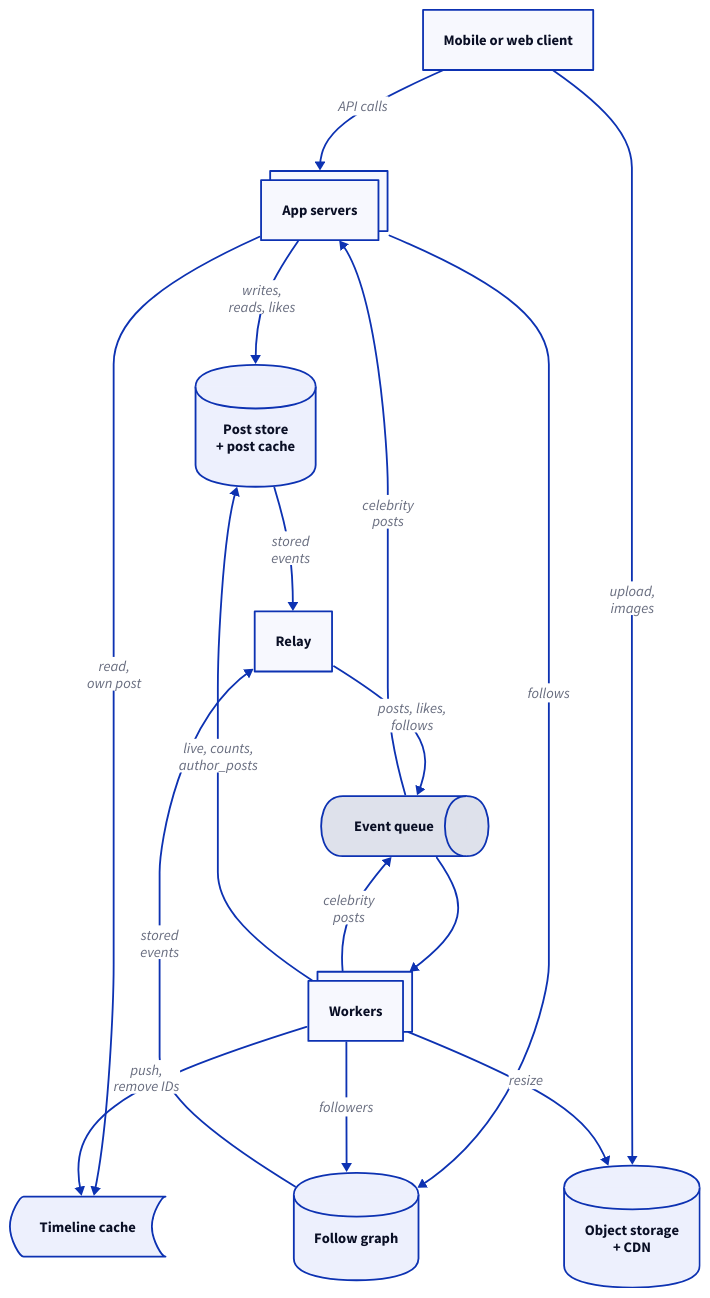
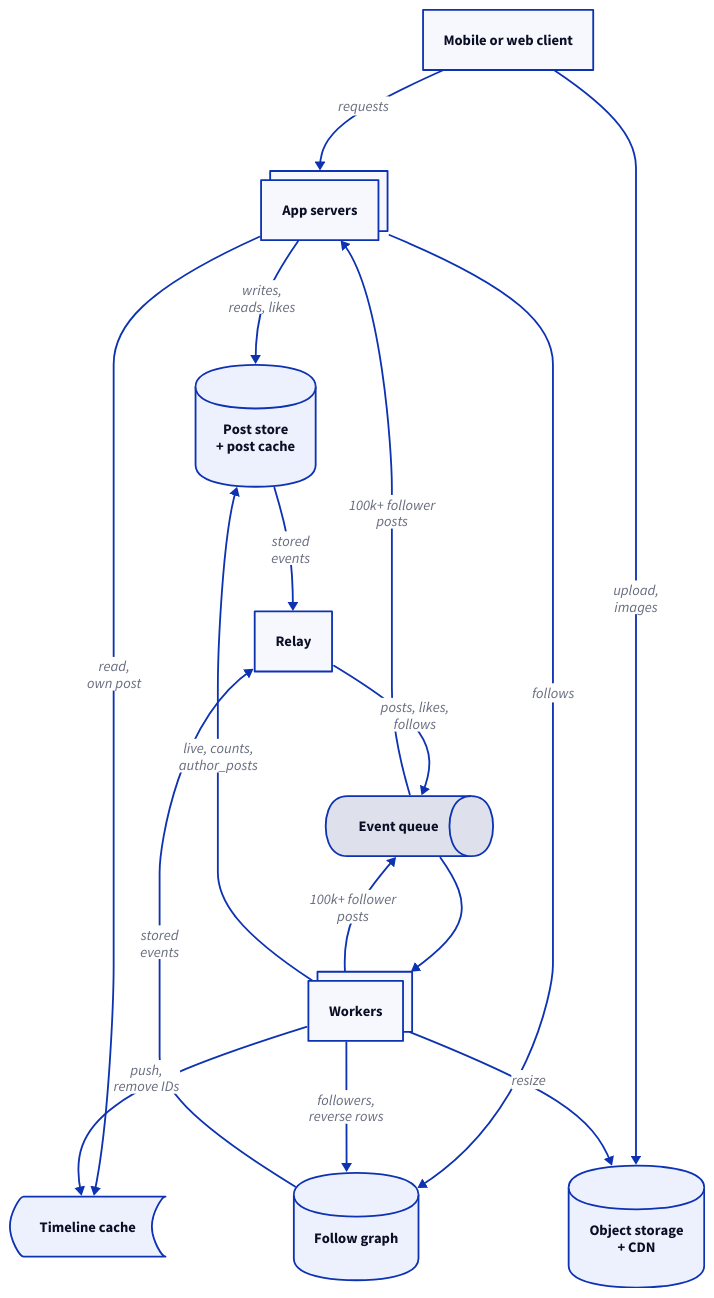
One commit to enbattle/til changed the diagram in src/system-design/diagrams/social-feed/architecture.d2. Above: the diagram before and after it, drawn with D2. The commit also changed 7 other files, not shown here.

```diff
--- a/src/system-design/diagrams/social-feed/architecture.d2
+++ b/src/system-design/diagrams/social-feed/architecture.d2
@@ -1,49 +1,49 @@
 # High-level architecture of the social feed. Images go straight to object
 # storage and out through a CDN (one node here). Posts and likes are
 # written to the post store, and follows to the follow graph, each with an
 # event (the outbox); a relay publishes both stores' events to the queue,
 # and workers turn them into resized
 # images, timeline edits and counts; a worker republishes each celebrity post for the app servers'
 # in-memory lists. The feed is read from a timeline and hydrated from the
 # post store and the post cache in front of it (one node here).
 direction: down
 
 client: Mobile or web client
 app: App servers {
   style.multiple: true
 }
 relay: Relay
 queue: Event queue {
   shape: queue
 }
 workers: Workers {
   style.multiple: true
 }
 timelines: Timeline cache {
   shape: stored_data
 }
 posts: "Post store\n+ post cache" {
   shape: cylinder
 }
 graph: Follow graph {
   shape: cylinder
 }
 media: "Object storage\n+ CDN" {
   shape: cylinder
 }
 
-client -> app: "API calls"
+client -> app: "requests"
 client -> media: "upload,\nimages"
 app -> timelines: "read,\nown post"
 app -> posts: "writes,\nreads, likes"
 app -> graph: "follows"
 posts -> relay: "stored\nevents"
 graph -> relay: "stored\nevents"
 relay -> queue: "posts, likes,\nfollows"
 queue -> workers
-workers -> queue: "celebrity\nposts"
-queue -> app: "celebrity\nposts"
+workers -> queue: "100k+ follower\nposts"
+queue -> app: "100k+ follower\nposts"
 workers -> media: "resize"
 workers -> posts: "live, counts,\nauthor_posts"
-workers -> graph: "followers"
+workers -> graph: "followers,\nreverse rows"
 workers -> timelines: "push,\nremove IDs"
```
